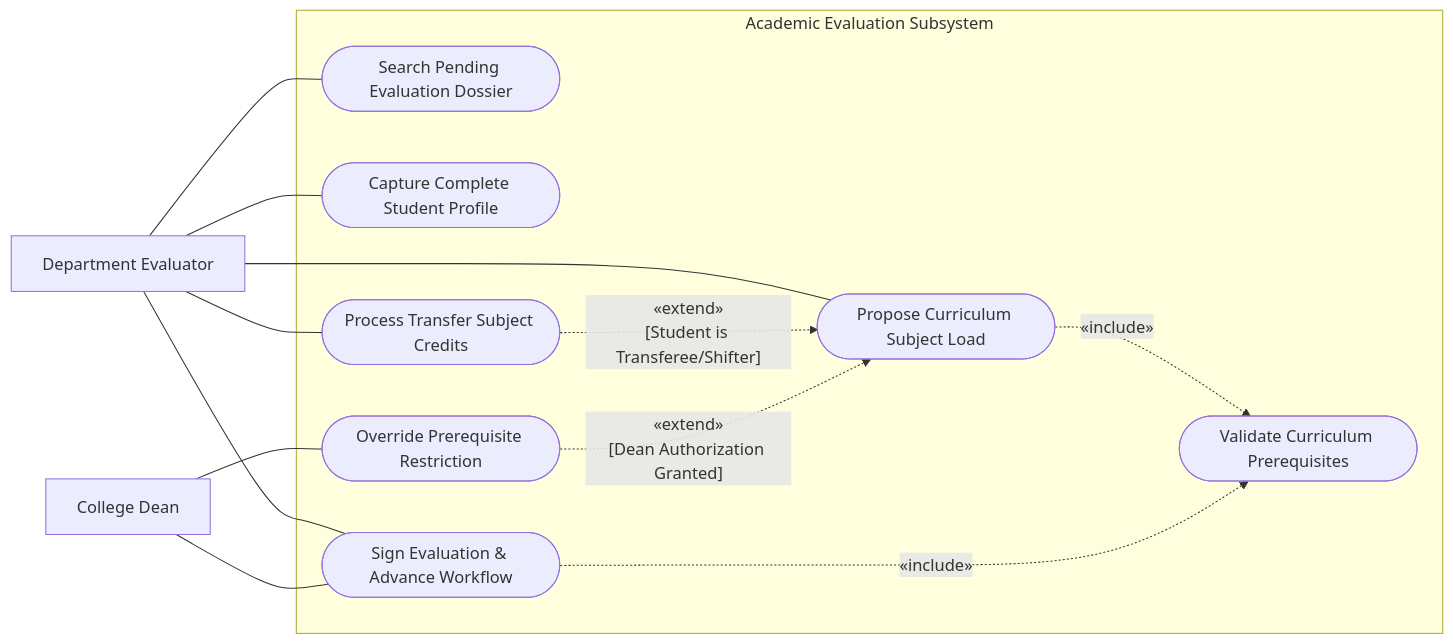
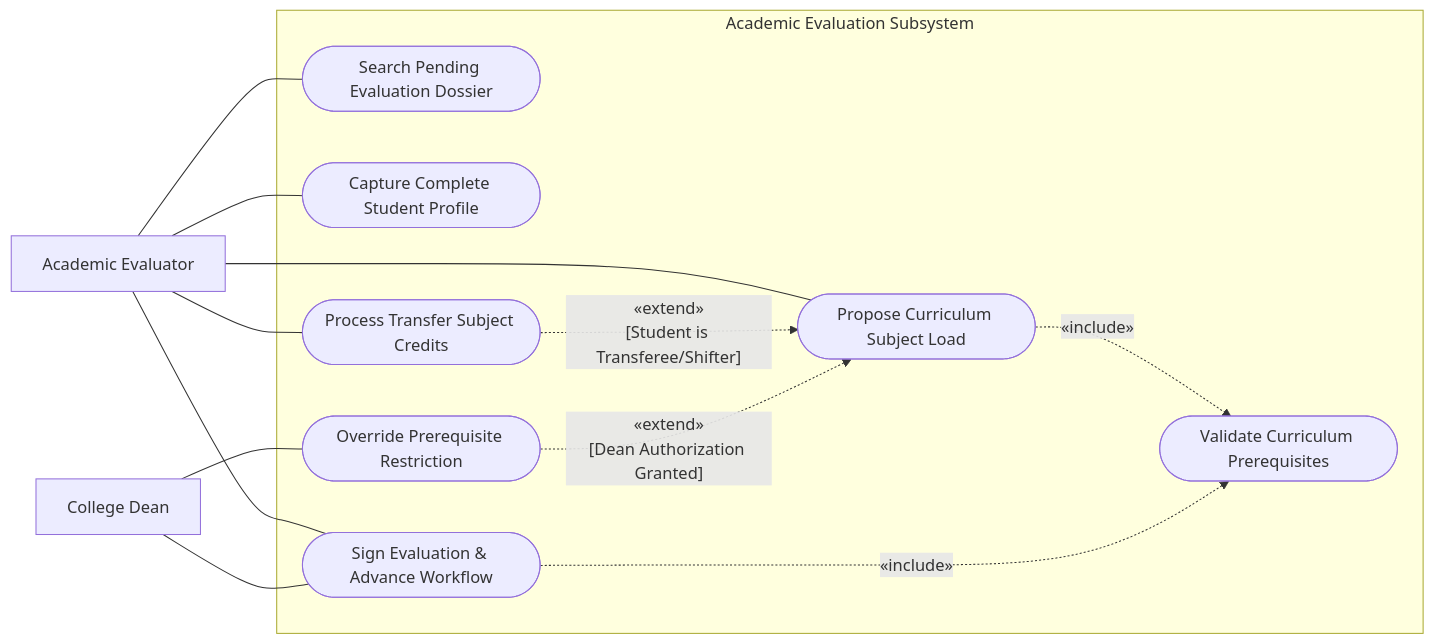
Before and after one commit to kirbygeagonia-create/EnrollmentManagementSystem: the eighth of 17 diagrams in Documentation/Use-Case-Diagram-Guide.md, drawn with Mermaid. The commit also changed other lines of this file and 50 other files, not shown here.

First line of the commit message:
The use-case actors fold to one figure per role, and the stage words move to the prose

````diff
--- a/Documentation/Use-Case-Diagram-Guide.md
+++ b/Documentation/Use-Case-Diagram-Guide.md
@@ -410,29 +410,29 @@
 ```mermaid
 flowchart LR
-    A_Eva["Department Evaluator"]
+    A_Eva["Academic Evaluator"]
     A_Dea["College Dean"]
 
     subgraph SYSTEM ["Academic Evaluation Subsystem"]
         UC_EV01(["Search Pending Evaluation Dossier"])
         UC_EV02(["Capture Complete Student Profile"])
         UC_EV03(["Propose Curriculum Subject Load"])
         UC_EV04(["Process Transfer Subject Credits"])
         UC_EV05(["Validate Curriculum Prerequisites"])
         UC_EV06(["Override Prerequisite Restriction"])
         UC_EV07(["Sign Evaluation & Advance Workflow"])
     end
 
     A_Eva --- UC_EV01
     A_Eva --- UC_EV02
     A_Eva --- UC_EV03
     A_Eva --- UC_EV04
     A_Eva --- UC_EV07
 
     A_Dea --- UC_EV06
     A_Dea --- UC_EV07
 
     UC_EV03 -.->|"«include»"| UC_EV05
     UC_EV04 -.->|"«extend»\n[Student is Transferee/Shifter]"| UC_EV03
     UC_EV06 -.->|"«extend»\n[Dean Authorization Granted]"| UC_EV03
     UC_EV07 -.->|"«include»"| UC_EV05
 ```
````
